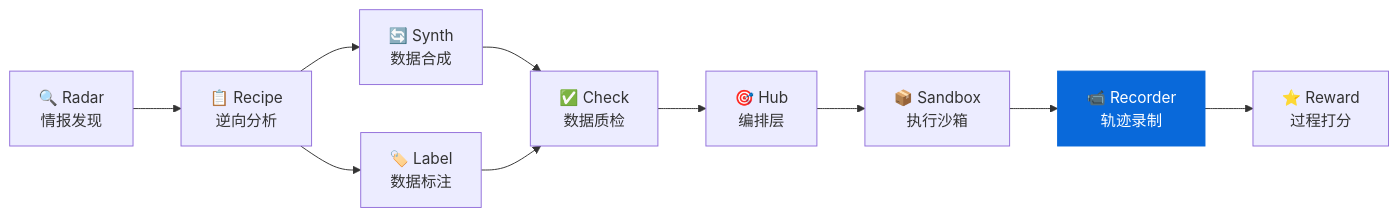
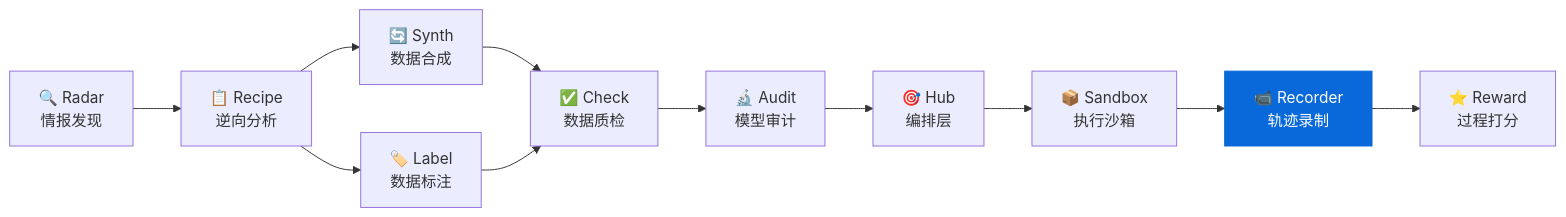
Before and after one commit to kezama/agent-recorder: the first of 2 diagrams in README.md, drawn with Mermaid. The commit also changed other lines of this file, not shown here.

Commit message:
生态表格加入 ModelAudit (9→10)

````diff
--- a/README.md
+++ b/README.md
@@ -264,13 +264,14 @@
 ```mermaid
 graph LR
     Radar["🔍 Radar<br/>情报发现"] --> Recipe["📋 Recipe<br/>逆向分析"]
     Recipe --> Synth["🔄 Synth<br/>数据合成"]
     Recipe --> Label["🏷️ Label<br/>数据标注"]
     Synth --> Check["✅ Check<br/>数据质检"]
     Label --> Check
-    Check --> Hub["🎯 Hub<br/>编排层"]
+    Check --> Audit["🔬 Audit<br/>模型审计"]
+    Audit --> Hub["🎯 Hub<br/>编排层"]
     Hub --> Sandbox["📦 Sandbox<br/>执行沙箱"]
     Sandbox --> Recorder["📹 Recorder<br/>轨迹录制"]
     Recorder --> Reward["⭐ Reward<br/>过程打分"]
     style Recorder fill:#0969da,color:#fff,stroke:#0969da
 ```
````
